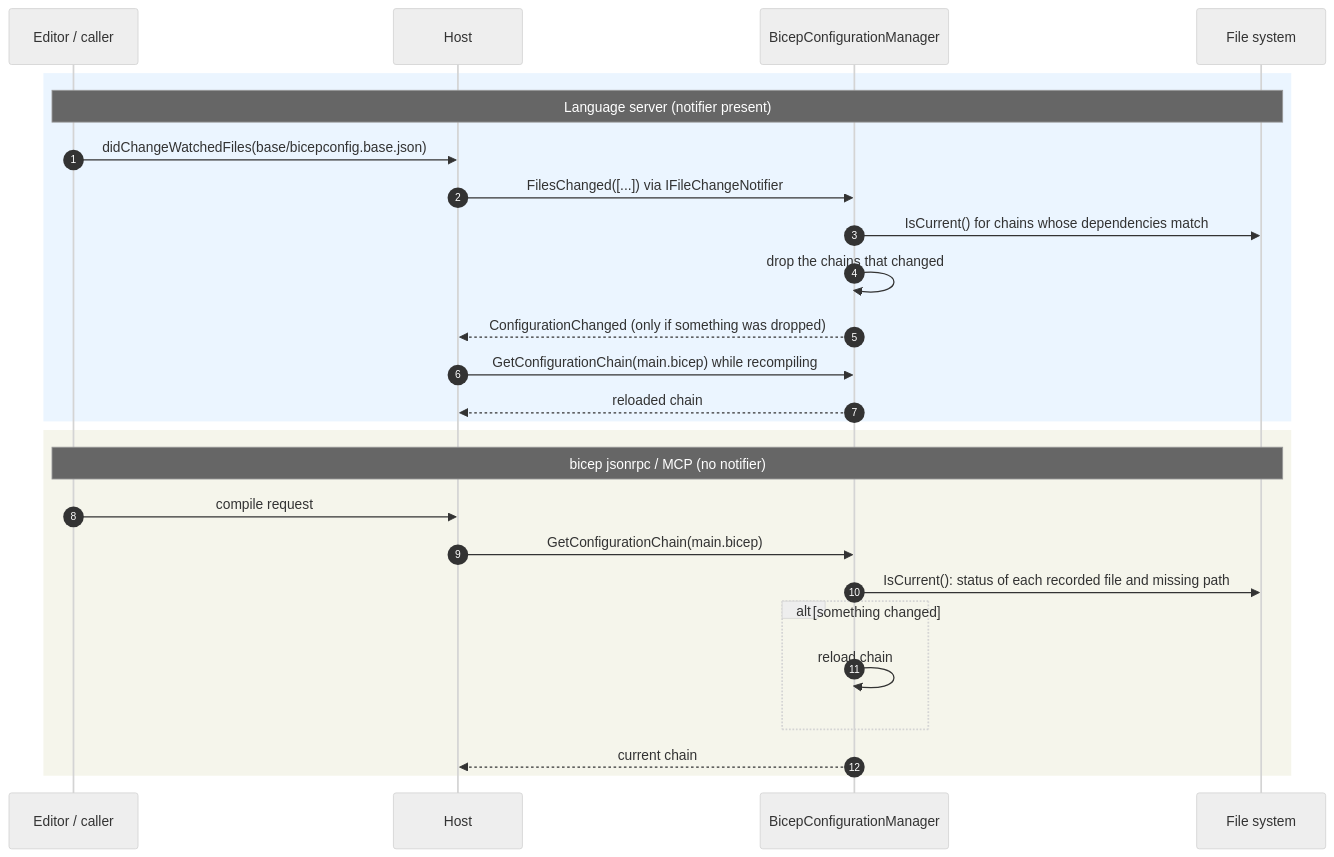
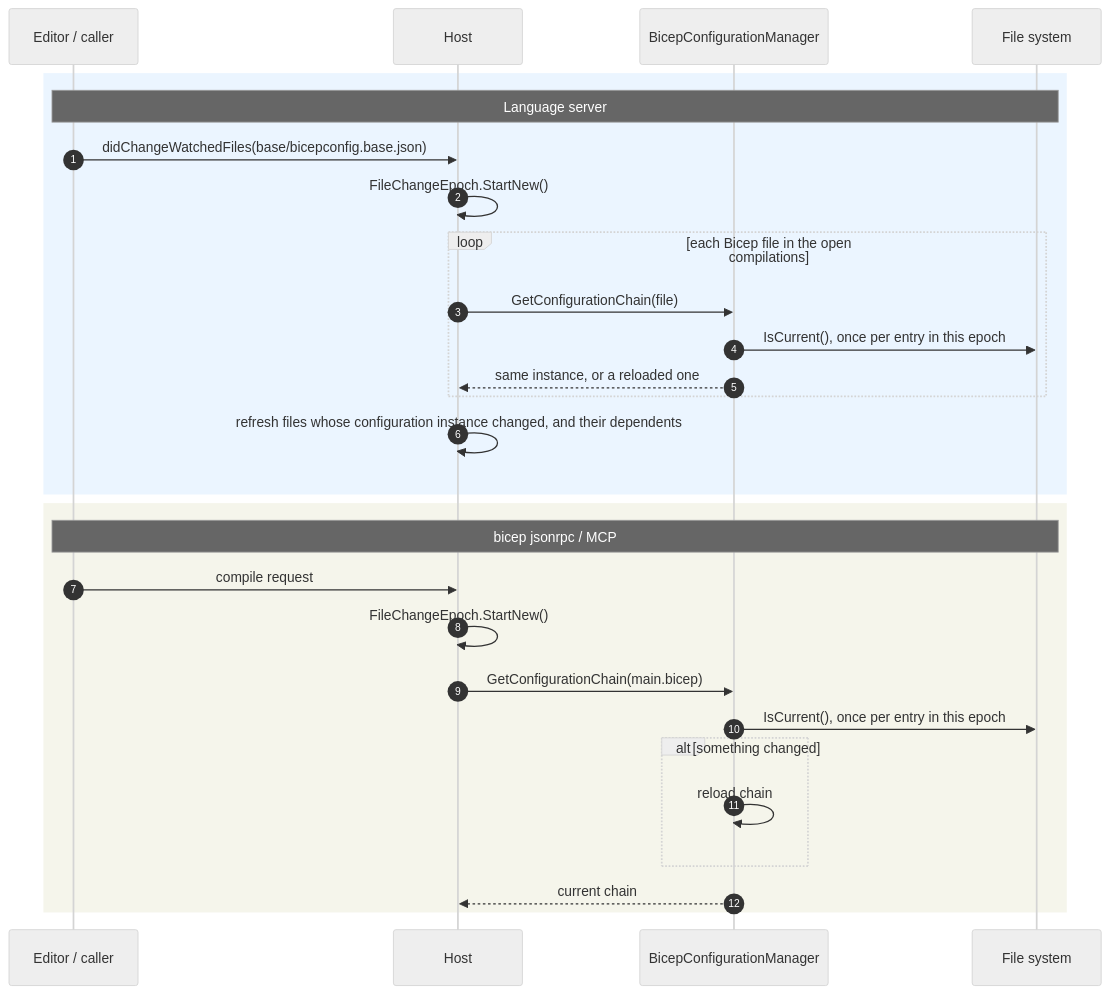
The second of 2 diagrams in docs/design/configuration-improvement-plan.md (Azure/bicep), drawn with Mermaid (neutral theme) before and after one commit. The commit also changed other lines of this file and 32 other files, not shown here.

First line of the commit message:
Keep the configuration cache current by itself, checked once per file change epoch

````diff
--- a/docs/design/configuration-improvement-plan.md
+++ b/docs/design/configuration-improvement-plan.md
@@ -201,30 +213,32 @@
 ```mermaid
 sequenceDiagram
     autonumber
     participant Client as Editor / caller
     participant Host as Host
     participant BCM as BicepConfigurationManager
     participant FS as File system
 
     rect rgb(235, 245, 255)
-    Note over Client,FS: Language server (notifier present)
+    Note over Client,FS: Language server
     Client->>Host: didChangeWatchedFiles(base/bicepconfig.base.json)
-    Host->>BCM: FilesChanged([...]) via IFileChangeNotifier
-    BCM->>FS: IsCurrent() for chains whose dependencies match
-    BCM->>BCM: drop the chains that changed
-    BCM-->>Host: ConfigurationChanged (only if something was dropped)
-    Host->>BCM: GetConfigurationChain(main.bicep) while recompiling
-    BCM-->>Host: reloaded chain
+    Host->>Host: FileChangeEpoch.StartNew()
+    loop each Bicep file in the open compilations
+        Host->>BCM: GetConfigurationChain(file)
+        BCM->>FS: IsCurrent(), once per entry in this epoch
+        BCM-->>Host: same instance, or a reloaded one
+    end
+    Host->>Host: refresh files whose configuration instance changed, and their dependents
     end
 
     rect rgb(245, 245, 235)
-    Note over Client,FS: bicep jsonrpc / MCP (no notifier)
+    Note over Client,FS: bicep jsonrpc / MCP
     Client->>Host: compile request
+    Host->>Host: FileChangeEpoch.StartNew()
     Host->>BCM: GetConfigurationChain(main.bicep)
-    BCM->>FS: IsCurrent(): status of each recorded file and missing path
+    BCM->>FS: IsCurrent(), once per entry in this epoch
     alt something changed
         BCM->>BCM: reload chain
     end
     BCM-->>Host: current chain
     end
 ```
````
